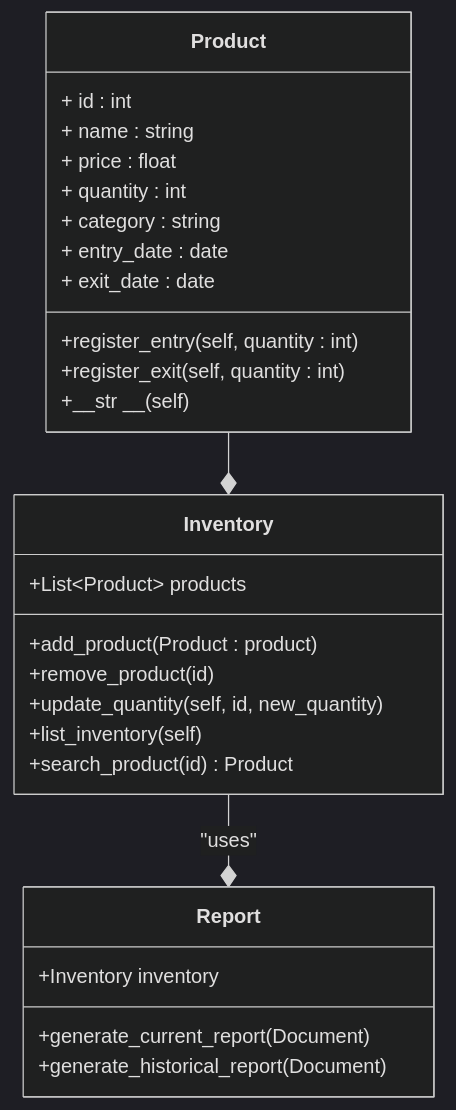
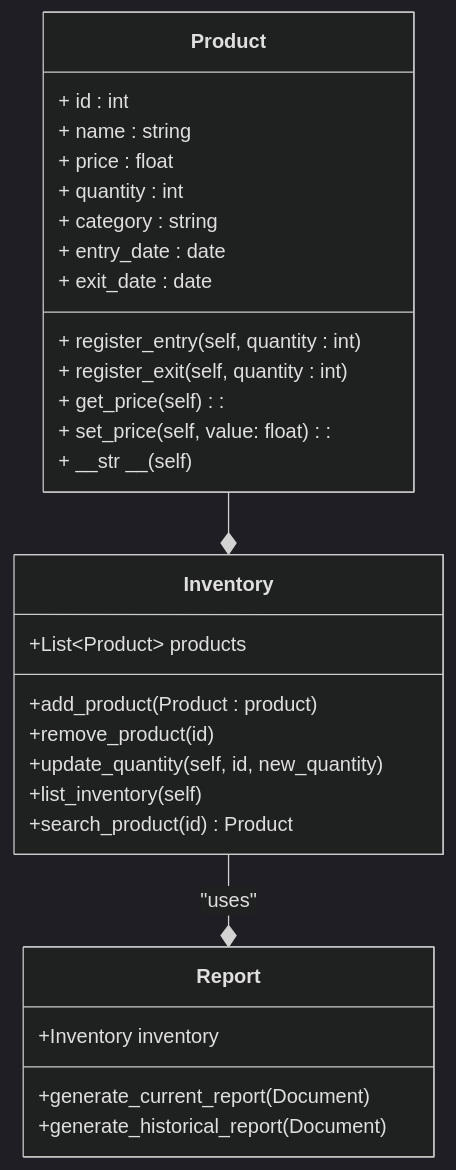
The diagram in README.md (nisaespa/project_progress), drawn with Mermaid (dark theme) before and after one commit. The commit also changed other lines of this file, not shown here.

````diff
--- a/README.md
+++ b/README.md
@@ -6,33 +6,35 @@
 ``` mermaid
 classDiagram
     class Product {
         + id : int
         + name : string
         + price : float
         + quantity : int
         + category : string
         + entry_date : date
         + exit_date : date
-        +register_entry(self, quantity : int)
-        +register_exit(self, quantity : int)
-        +__str __(self)
+        + register_entry(self, quantity : int)
+        + register_exit(self, quantity : int)
+        + get_price(self):
+        + set_price(self, value: float):
+        + __str __(self)
     }
 
     class Inventory {
         +List~Product~ products
         +add_product(Product : product)
         +remove_product(id)
         +update_quantity(self, id, new_quantity)
         +list_inventory(self)
         +search_product(id) Product
     }
 
     class Report {
         +Inventory inventory
         +generate_current_report(Document)
         +generate_historical_report(Document)
     }
 
     Product --* Inventory
     Inventory --* Report : "uses"
 ```
````
